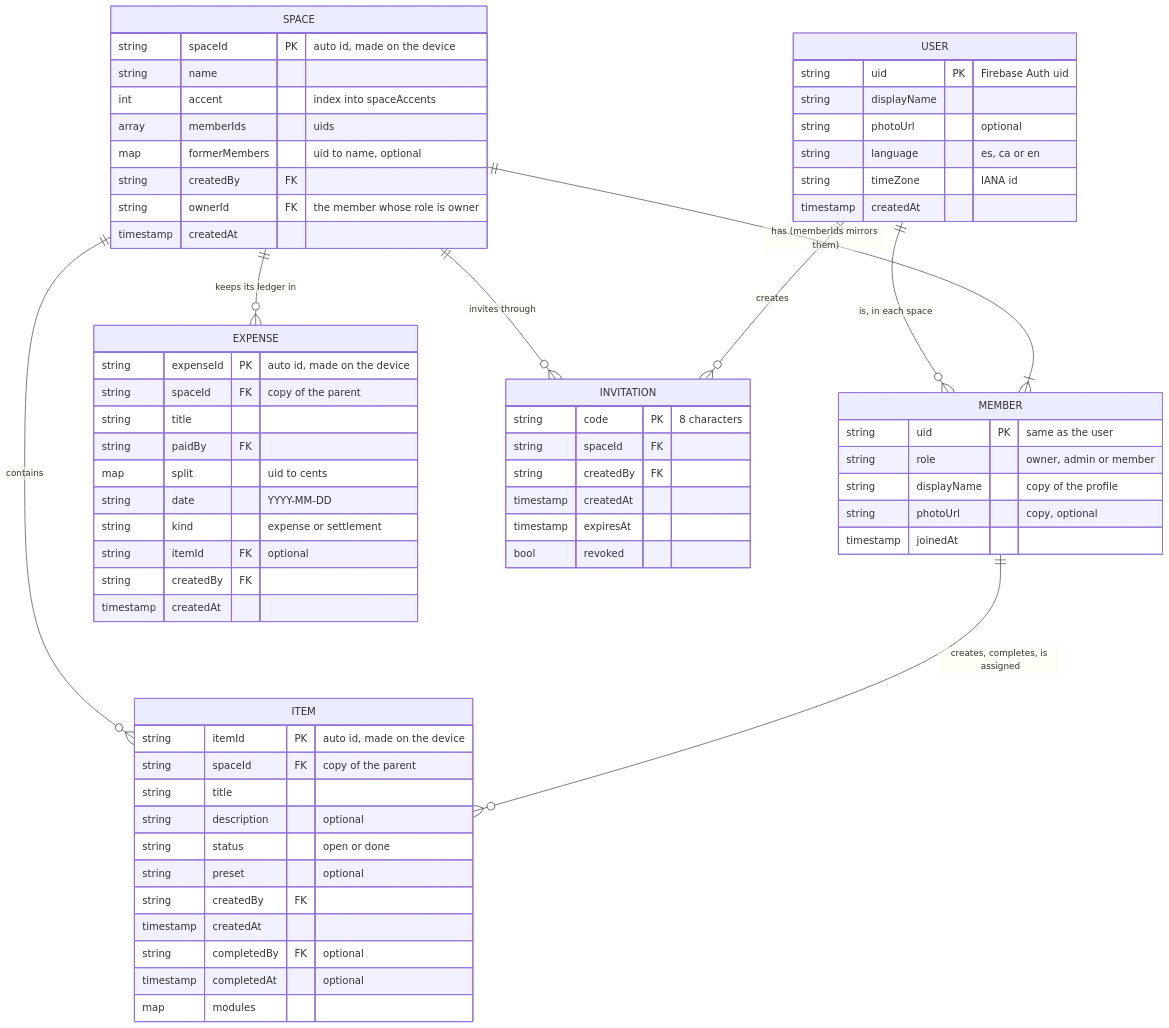
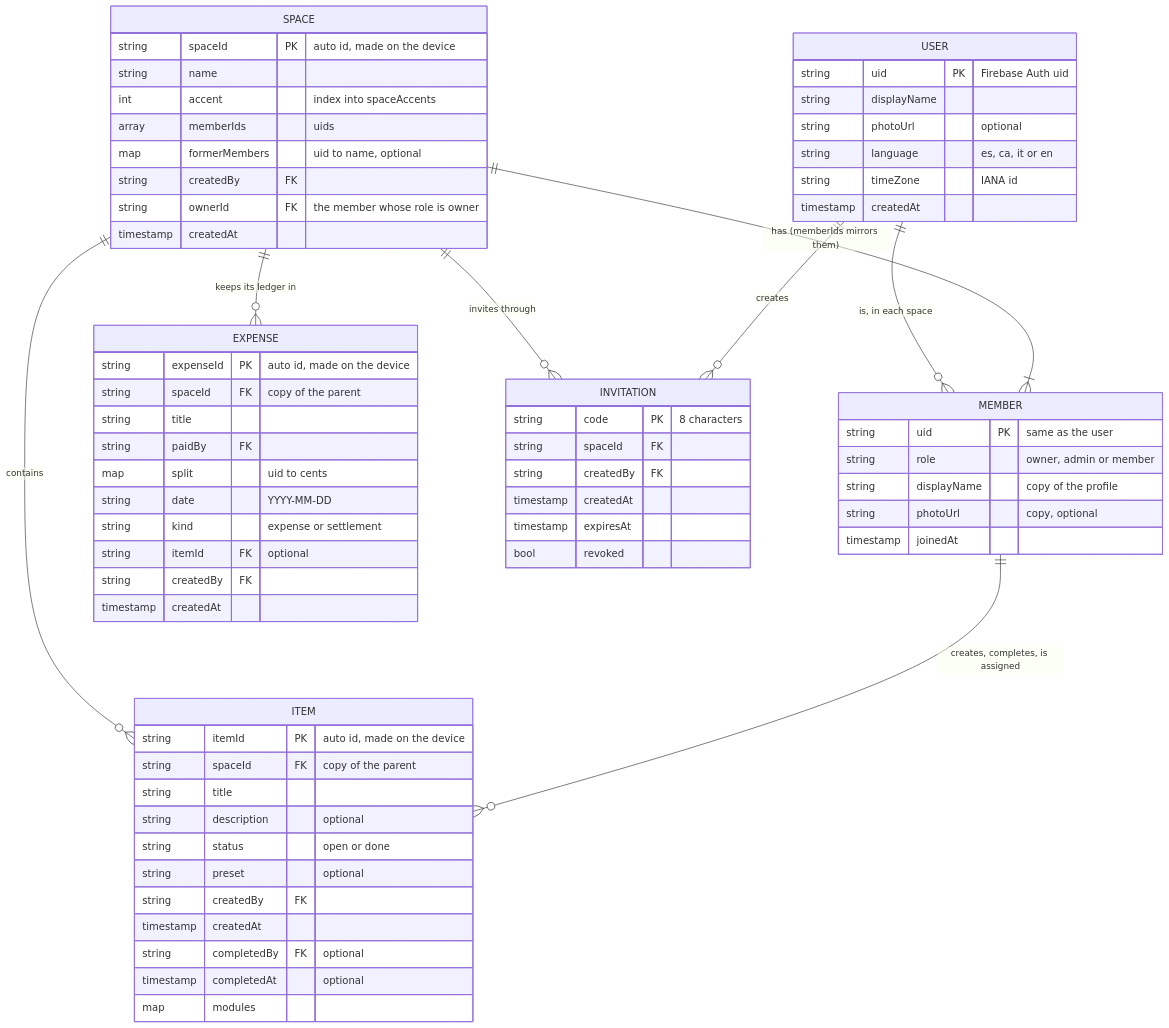
Before and after one commit to Erkko68/orbit: the diagram in docs/data/firestore-schema.md, drawn with Mermaid. The commit also changed other lines of this file and 25 other files, not shown here.

````diff
--- a/docs/data/firestore-schema.md
+++ b/docs/data/firestore-schema.md
@@ -7,69 +7,69 @@
 ```mermaid
 erDiagram
     USER ||--o{ MEMBER : "is, in each space"
     SPACE ||--|{ MEMBER : "has (memberIds mirrors them)"
     SPACE ||--o{ ITEM : contains
     SPACE ||--o{ EXPENSE : "keeps its ledger in"
     SPACE ||--o{ INVITATION : "invites through"
     USER ||--o{ INVITATION : creates
     MEMBER ||--o{ ITEM : "creates, completes, is assigned"
 
     USER {
         string uid PK "Firebase Auth uid"
         string displayName
         string photoUrl "optional"
-        string language "es, ca or en"
+        string language "es, ca, it or en"
         string timeZone "IANA id"
         timestamp createdAt
     }
     SPACE {
         string spaceId PK "auto id, made on the device"
         string name
         int accent "index into spaceAccents"
         array memberIds "uids"
         map formerMembers "uid to name, optional"
         string createdBy FK
         string ownerId FK "the member whose role is owner"
         timestamp createdAt
     }
     MEMBER {
         string uid PK "same as the user"
         string role "owner, admin or member"
         string displayName "copy of the profile"
         string photoUrl "copy, optional"
         timestamp joinedAt
     }
     ITEM {
         string itemId PK "auto id, made on the device"
         string spaceId FK "copy of the parent"
         string title
         string description "optional"
         string status "open or done"
         string preset "optional"
         string createdBy FK
         timestamp createdAt
         string completedBy FK "optional"
         timestamp completedAt "optional"
         map modules
     }
     EXPENSE {
         string expenseId PK "auto id, made on the device"
         string spaceId FK "copy of the parent"
         string title
         string paidBy FK
         map split "uid to cents"
         string date "YYYY-MM-DD"
         string kind "expense or settlement"
         string itemId FK "optional"
         string createdBy FK
         timestamp createdAt
     }
     INVITATION {
         string code PK "8 characters"
         string spaceId FK
         string createdBy FK
         timestamp createdAt
         timestamp expiresAt
         bool revoked
     }
 ```
````
